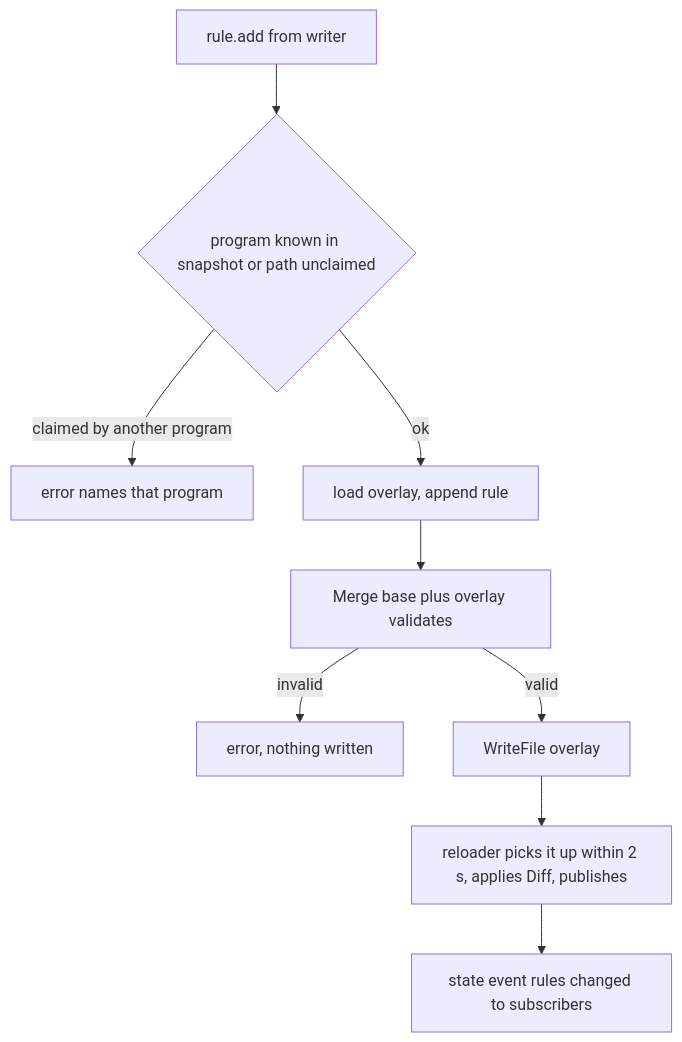
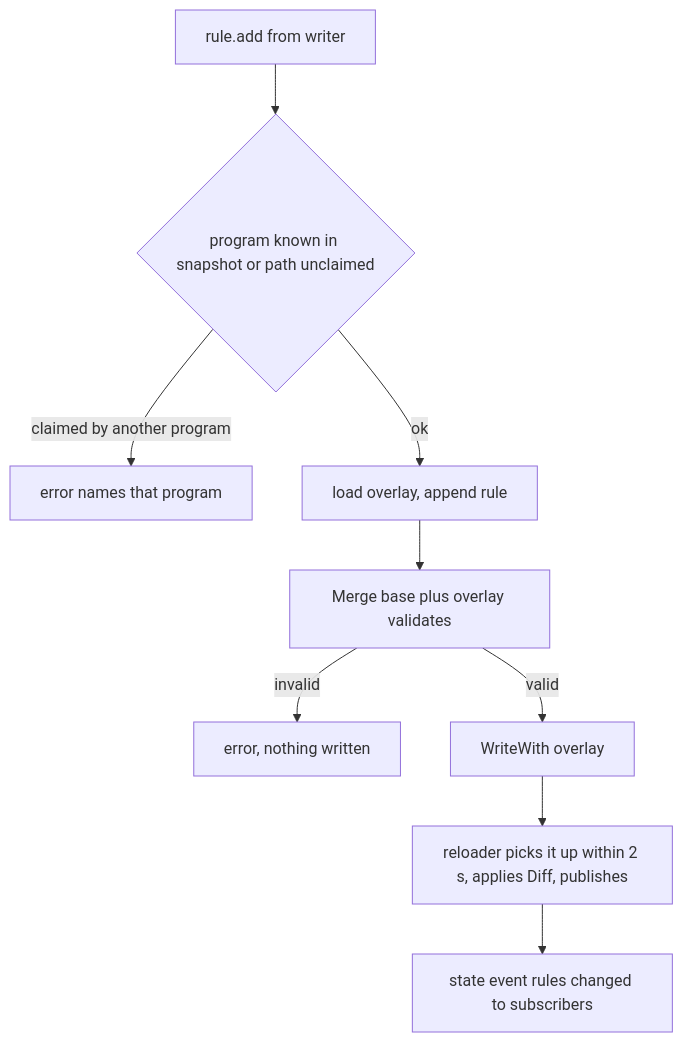
One commit to norandom/snitch changed the fourth of 4 diagrams in .kiro/specs/daemon-api/design.md. Above: the diagram before and after it, drawn with Mermaid. The commit also changed other lines of this file and 11 other files, not shown here.

````diff
--- a/.kiro/specs/daemon-api/design.md
+++ b/.kiro/specs/daemon-api/design.md
@@ -245,11 +245,11 @@
 ```mermaid
 flowchart TD
     A[rule.add from writer] --> B{program known in snapshot or path unclaimed}
     B -- claimed by another program --> X[error names that program]
     B -- ok --> C[load overlay, append rule]
     C --> D[Merge base plus overlay validates]
     D -- invalid --> Y[error, nothing written]
-    D -- valid --> E[WriteFile overlay]
+    D -- valid --> E[WriteWith overlay]
     E --> F[reloader picks it up within 2 s, applies Diff, publishes]
     F --> G[state event rules changed to subscribers]
 ```
````
